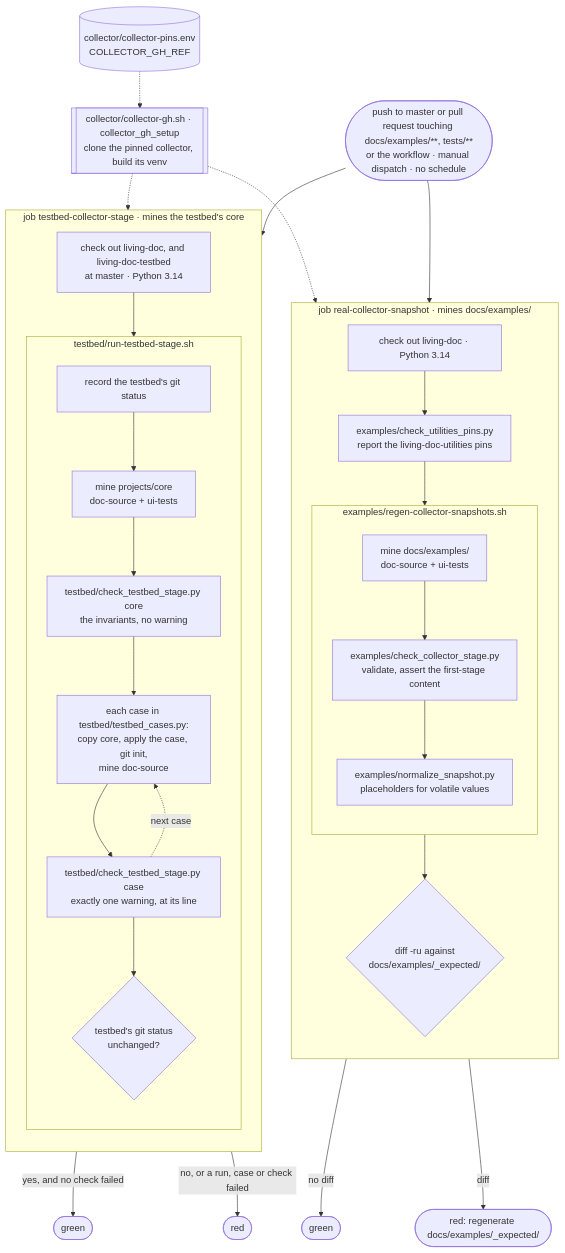
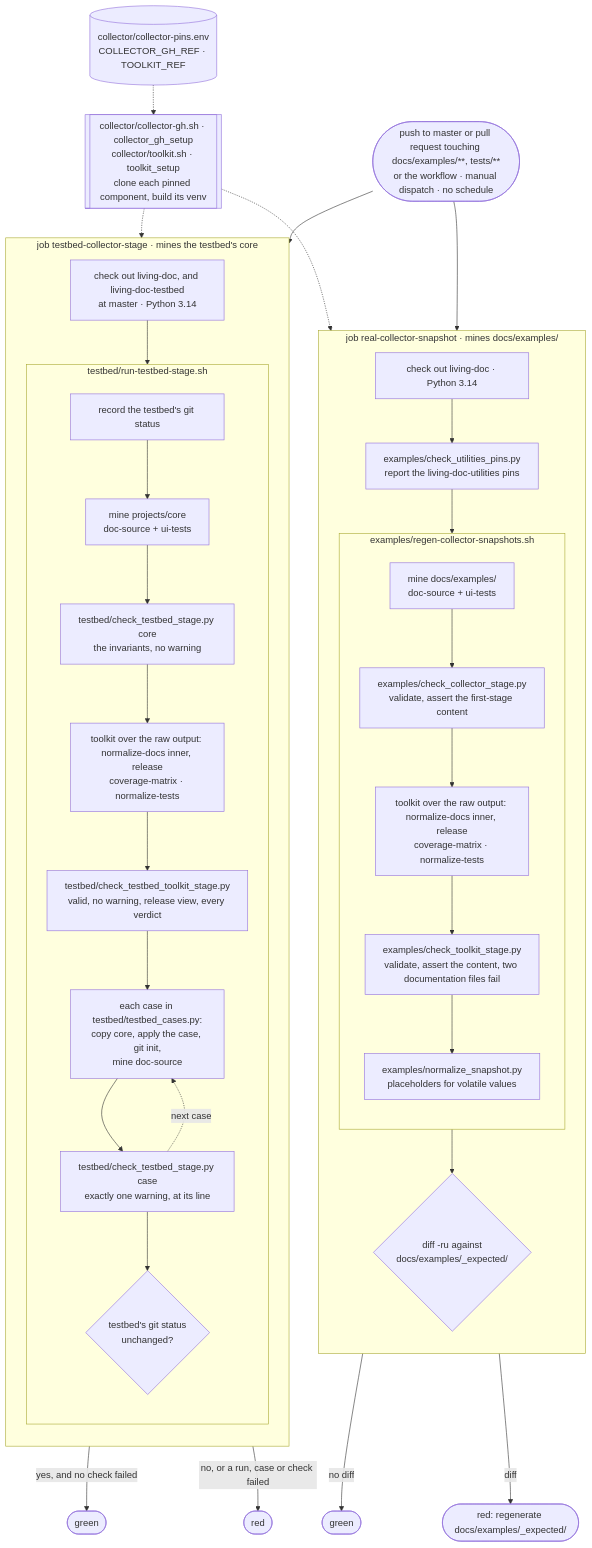
Before and after one commit to AbsaOSS/living-doc: the diagram in tests/README.md, drawn with Mermaid. The commit also changed other lines of this file and 22 other files, not shown here.

First line of the commit message:
#68: Add the toolkit stage to the snapshot CI (#69)

````diff
--- a/tests/README.md
+++ b/tests/README.md
@@ -43,50 +44,54 @@
 ```mermaid
 flowchart TB
     trigger(["push to master or pull request touching docs/examples/**, tests/**<br/>or the workflow · manual dispatch · no schedule"])
-    pin[("collector/collector-pins.env<br/>COLLECTOR_GH_REF")]
-    setup[["collector/collector-gh.sh · collector_gh_setup<br/>clone the pinned collector, build its venv"]]
+    pin[("collector/collector-pins.env<br/>COLLECTOR_GH_REF · TOOLKIT_REF")]
+    setup[["collector/collector-gh.sh · collector_gh_setup<br/>collector/toolkit.sh · toolkit_setup<br/>clone each pinned component, build its venv"]]
 
     subgraph snapshot["job real-collector-snapshot · mines docs/examples/"]
         direction TB
         a1["check out living-doc · Python 3.14"]
         a2["examples/check_utilities_pins.py<br/>report the living-doc-utilities pins"]
         subgraph regen["examples/regen-collector-snapshots.sh"]
             direction TB
             a3["mine docs/examples/<br/>doc-source + ui-tests"]
             a4["examples/check_collector_stage.py<br/>validate, assert the first-stage content"]
+            a7["toolkit over the raw output: normalize-docs inner, release<br/>coverage-matrix · normalize-tests"]
+            a8["examples/check_toolkit_stage.py<br/>validate, assert the content, two documentation files fail"]
             a5["examples/normalize_snapshot.py<br/>placeholders for volatile values"]
-            a3 --> a4 --> a5
+            a3 --> a4 --> a7 --> a8 --> a5
         end
         a6{"diff -ru against<br/>docs/examples/_expected/"}
         a1 --> a2 --> a3
         a5 --> a6
     end
 
     subgraph testbed["job testbed-collector-stage · mines the testbed's core"]
         direction TB
         b1["check out living-doc, and living-doc-testbed<br/>at master · Python 3.14"]
         subgraph stage["testbed/run-testbed-stage.sh"]
             direction TB
             b2["record the testbed's git status"]
             b3["mine projects/core<br/>doc-source + ui-tests"]
             b4["testbed/check_testbed_stage.py core<br/>the invariants, no warning"]
+            b8["toolkit over the raw output: normalize-docs inner, release<br/>coverage-matrix · normalize-tests"]
+            b9["testbed/check_testbed_toolkit_stage.py<br/>valid, no warning, release view, every verdict"]
             b5["each case in testbed/testbed_cases.py:<br/>copy core, apply the case, git init,<br/>mine doc-source"]
             b6["testbed/check_testbed_stage.py case<br/>exactly one warning, at its line"]
             b7{"testbed's git status<br/>unchanged?"}
-            b2 --> b3 --> b4 --> b5 --> b6
+            b2 --> b3 --> b4 --> b8 --> b9 --> b5 --> b6
             b6 -.->|next case| b5
             b6 --> b7
         end
         b1 --> b2
     end
 
     trigger --> snapshot
     trigger --> testbed
     pin -.-> setup
     setup -.-> a3
     setup -.-> b3
     a6 -->|no diff| passA(["green"])
     a6 -->|diff| failA(["red: regenerate docs/examples/_expected/"])
     b7 -->|yes, and no check failed| passB(["green"])
     b7 -->|no, or a run, case or check failed| failB(["red"])
 ```
````
